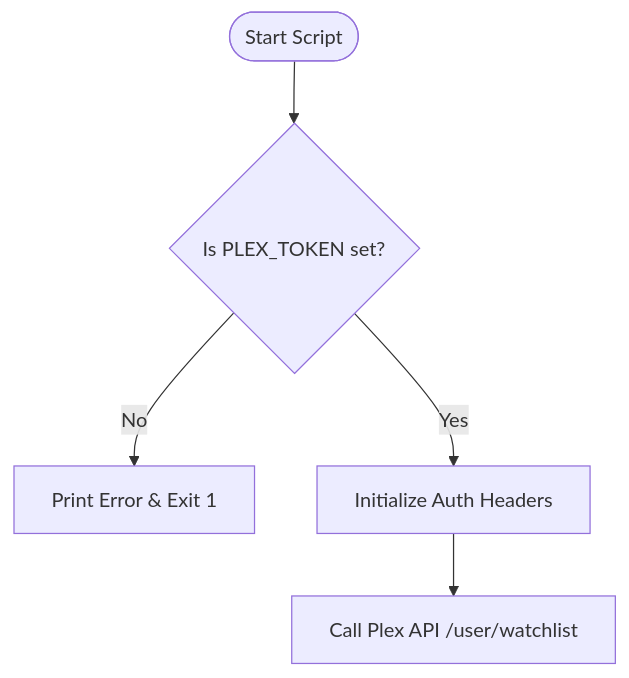
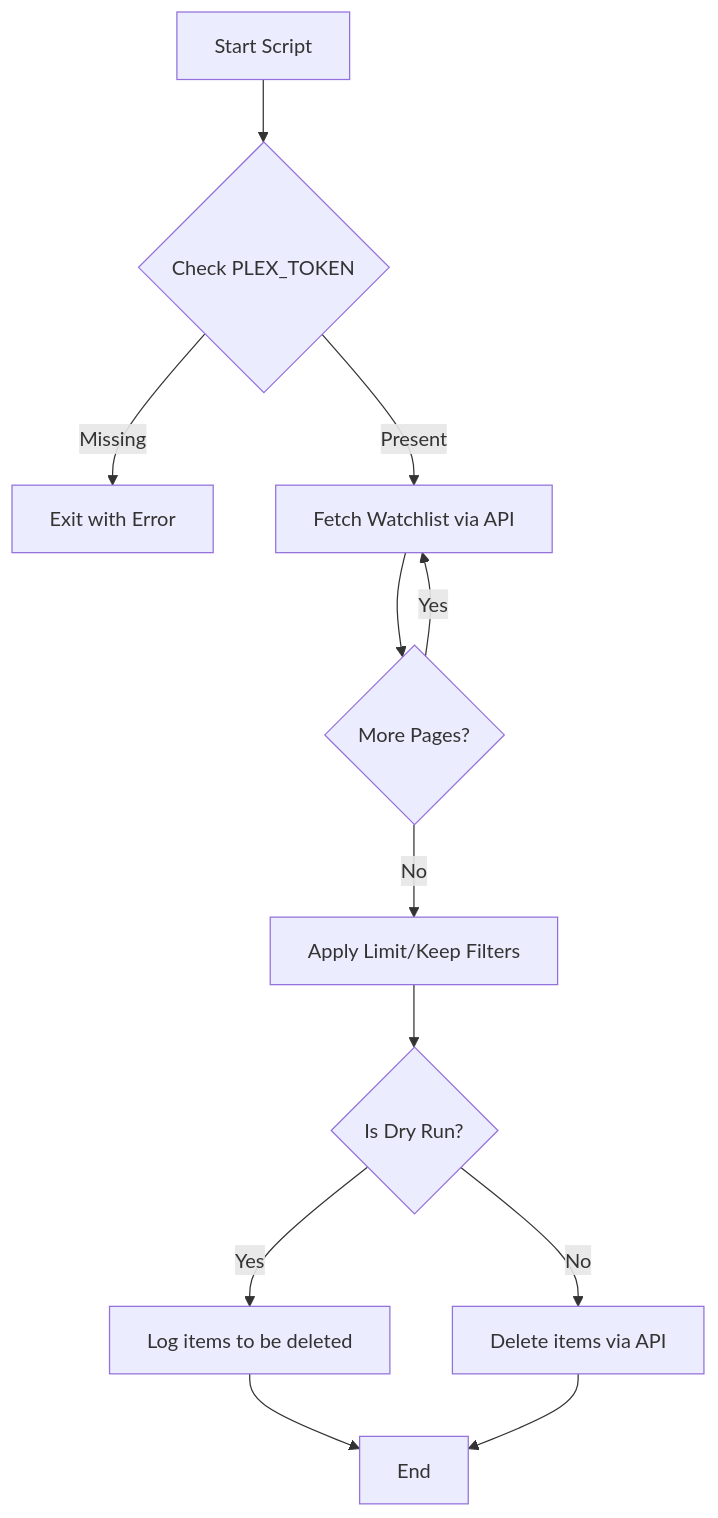
One commit to Avkroken/Docker-idempotent-update changed the diagram in .cubic/wiki/01-sec-overview/02-page-quick-start.md. Above: the diagram before and after it, drawn with Mermaid. The commit also changed other lines of this file and 42 other files, not shown here.

````diff
--- a/.cubic/wiki/01-sec-overview/02-page-quick-start.md
+++ b/.cubic/wiki/01-sec-overview/02-page-quick-start.md
@@ -47,7 +34,14 @@
 ```mermaid
 flowchart TD
-    Start([Start Script]) --> CheckToken{Is PLEX_TOKEN set?}
-    CheckToken -- No --> ExitError[Print Error & Exit 1]
-    CheckToken -- Yes --> SetupHeaders[Initialize Auth Headers]
-    SetupHeaders --> FetchWatchlist[Call Plex API /user/watchlist]
+    Start[Start Script] --> CheckToken{Check PLEX_TOKEN}
+    CheckToken -- Missing --> Error[Exit with Error]
+    CheckToken -- Present --> Fetch[Fetch Watchlist via API]
+    Fetch --> Pagination{More Pages?}
+    Pagination -- Yes --> Fetch
+    Pagination -- No --> ApplyFilters[Apply Limit/Keep Filters]
+    ApplyFilters --> DryRun{Is Dry Run?}
+    DryRun -- Yes --> LogAction[Log items to be deleted]
+    DryRun -- No --> DeleteItems[Delete items via API]
+    LogAction --> End[End]
+    DeleteItems --> End
 ```
````
